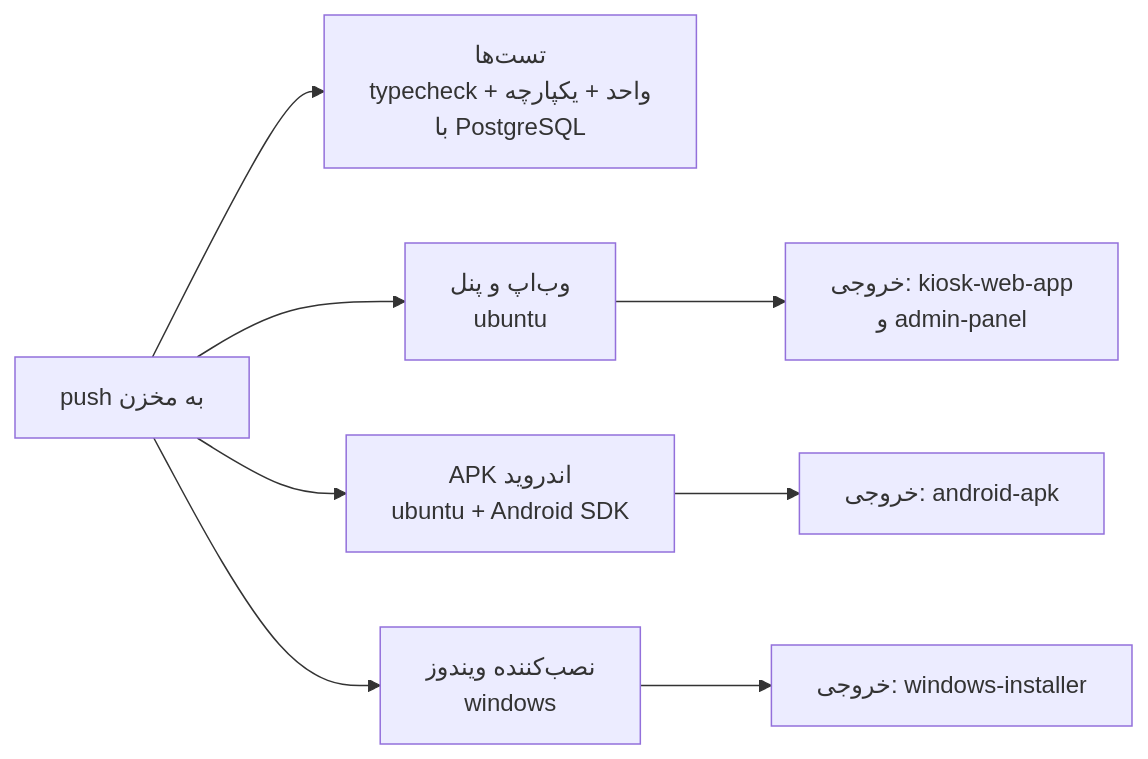
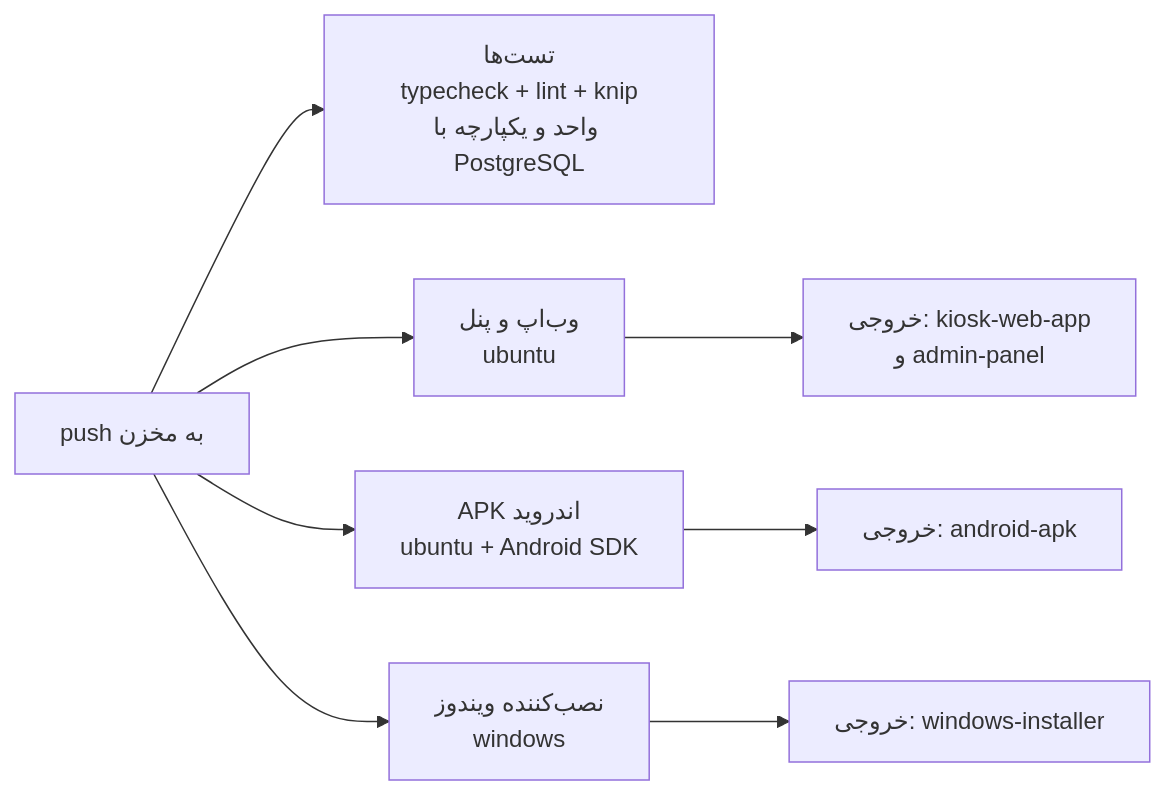
The tenth of 10 diagrams in README.md (daneshavaran123-lab/andishkadeh), drawn with Mermaid before and after one commit. The commit also changed other lines of this file and 16 other files, not shown here.

````diff
--- a/README.md
+++ b/README.md
@@ -523,10 +524,10 @@
 ```mermaid
 flowchart LR
-  PUSH["push به مخزن"] --> T["تست‌ها<br/>typecheck + واحد + یکپارچه<br/>با PostgreSQL"]
+  PUSH["push به مخزن"] --> T["تست‌ها<br/>typecheck + lint + knip<br/>واحد و یکپارچه با PostgreSQL"]
   PUSH --> WEB["وب‌اپ و پنل<br/>ubuntu"]
   PUSH --> AND["APK اندروید<br/>ubuntu + Android SDK"]
   PUSH --> WIN["نصب‌کننده ویندوز<br/>windows"]
   WEB --> A1["خروجی: kiosk-web-app<br/>و admin-panel"]
   AND --> A2["خروجی: android-apk"]
   WIN --> A3["خروجی: windows-installer"]
 ```
````
